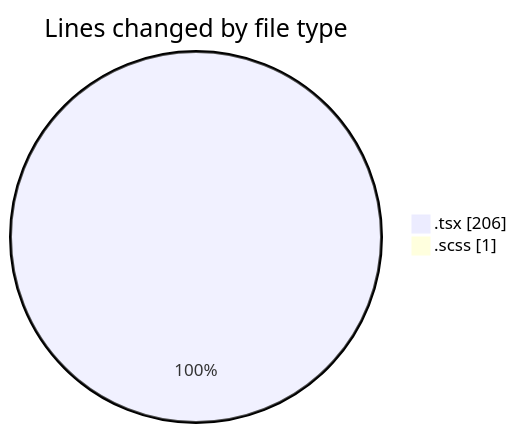
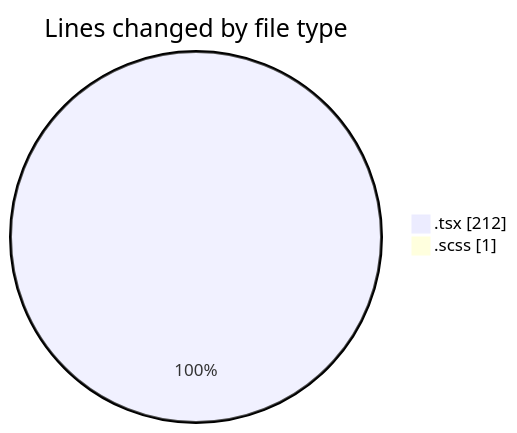
One commit to momahboobian/code-tracking changed the first of 2 diagrams in 2025-03-19/cda/README.md. Above: the diagram before and after it, drawn with Mermaid. The commit also changed other lines of this file and 1 other file, not shown here.

````diff
--- a/2025-03-19/cda/README.md
+++ b/2025-03-19/cda/README.md
@@ -23,6 +23,6 @@
 ```mermaid
 pie showData
 title Lines changed by file type
-".tsx" : 206
+".tsx" : 212
 ".scss" : 1
 ```
````
